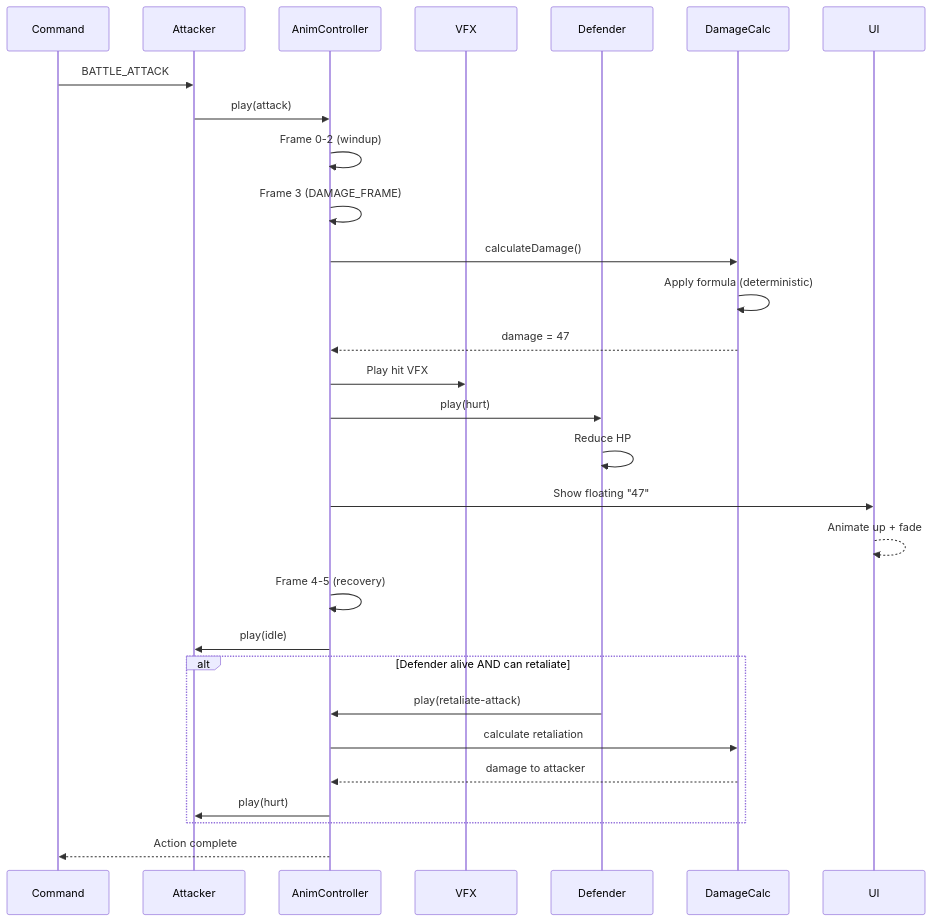
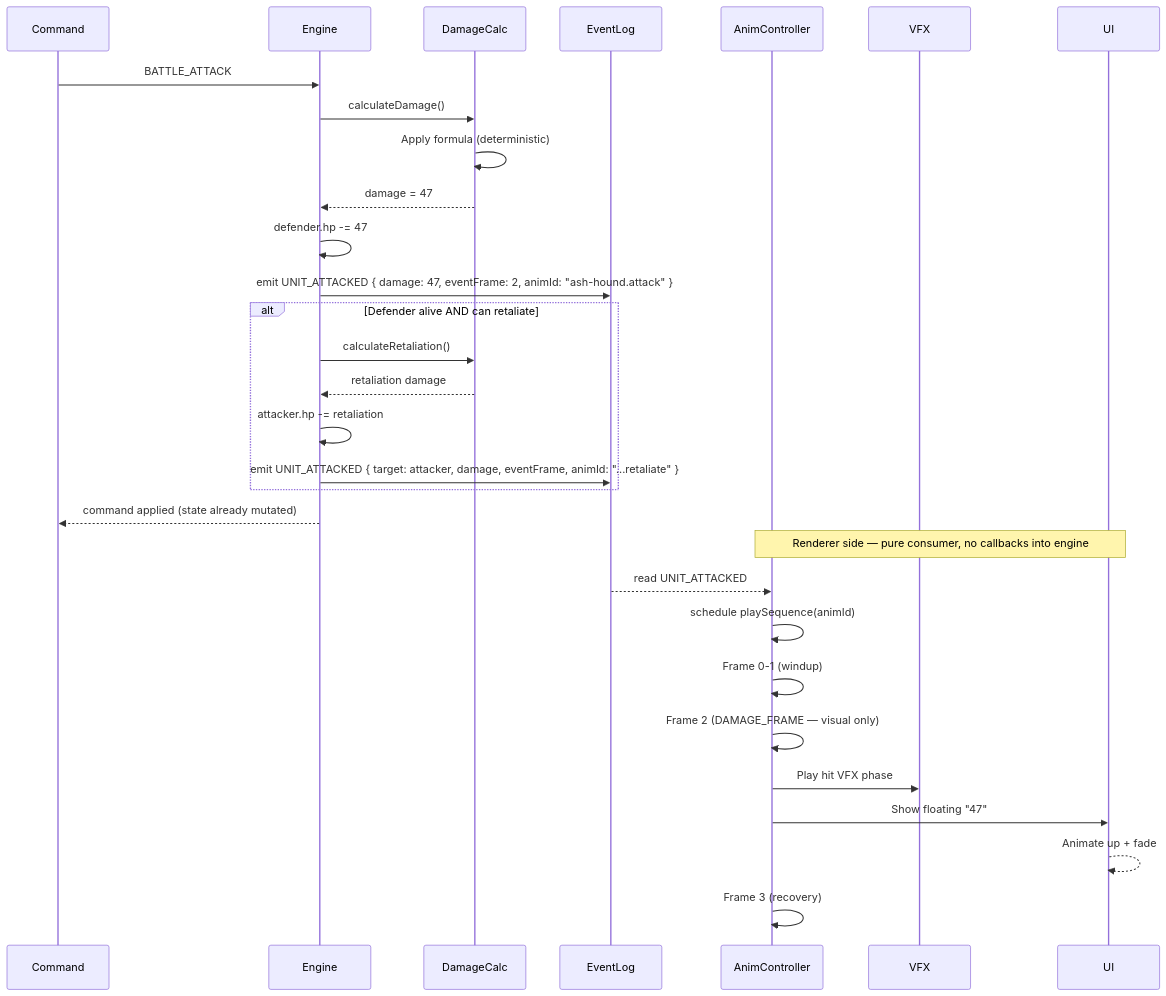
The diagram in docs/architecture/diagrams/11-attack-anim.md (SunaNoOshiro/Heroes_Reforged_AI_Realms), drawn with Mermaid before and after one commit. The commit also changed other lines of this file and 44 other files, not shown here.

````diff
--- a/docs/architecture/diagrams/11-attack-anim.md
+++ b/docs/architecture/diagrams/11-attack-anim.md
@@ -10,32 +18,34 @@
 ```mermaid
 sequenceDiagram
     participant Cmd as Command
-    participant Attacker
+    participant Engine
+    participant DMG as DamageCalc
+    participant Log as EventLog
     participant Anim as AnimController
     participant VFX
-    participant Defender
-    participant DMG as DamageCalc
     participant UI
 
-    Cmd->>Attacker: BATTLE_ATTACK
-    Attacker->>Anim: play(attack)
-    Anim->>Anim: Frame 0-2 (windup)
-    Anim->>Anim: Frame 3 (DAMAGE_FRAME)
-    Anim->>DMG: calculateDamage()
+    Cmd->>Engine: BATTLE_ATTACK
+    Engine->>DMG: calculateDamage()
     DMG->>DMG: Apply formula (deterministic)
-    DMG-->>Anim: damage = 47
-    Anim->>VFX: Play hit VFX
-    Anim->>Defender: play(hurt)
-    Defender->>Defender: Reduce HP
+    DMG-->>Engine: damage = 47
+    Engine->>Engine: defender.hp -= 47
+    Engine->>Log: emit UNIT_ATTACKED { damage: 47, eventFrame: 2, animId: "ash-hound.attack" }
+    alt Defender alive AND can retaliate
+        Engine->>DMG: calculateRetaliation()
+        DMG-->>Engine: retaliation damage
+        Engine->>Engine: attacker.hp -= retaliation
+        Engine->>Log: emit UNIT_ATTACKED { target: attacker, damage, eventFrame, animId: "...retaliate" }
+    end
+    Engine-->>Cmd: command applied (state already mutated)
+
+    Note over Anim,UI: Renderer side — pure consumer, no callbacks into engine
+    Log-->>Anim: read UNIT_ATTACKED
+    Anim->>Anim: schedule playSequence(animId)
+    Anim->>Anim: Frame 0-1 (windup)
+    Anim->>Anim: Frame 2 (DAMAGE_FRAME — visual only)
+    Anim->>VFX: Play hit VFX phase
     Anim->>UI: Show floating "47"
     UI-->>UI: Animate up + fade
-    Anim->>Anim: Frame 4-5 (recovery)
-    Anim->>Attacker: play(idle)
-    alt Defender alive AND can retaliate
-        Defender->>Anim: play(retaliate-attack)
-        Anim->>DMG: calculate retaliation
-        DMG-->>Anim: damage to attacker
-        Anim->>Attacker: play(hurt)
-    end
-    Anim-->>Cmd: Action complete
+    Anim->>Anim: Frame 3 (recovery)
 ```
````
